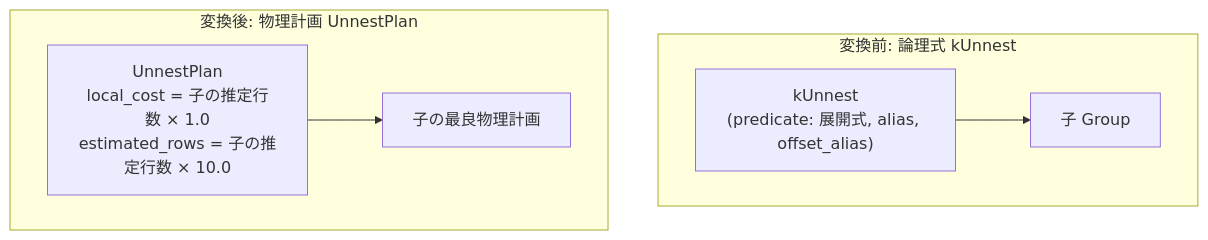
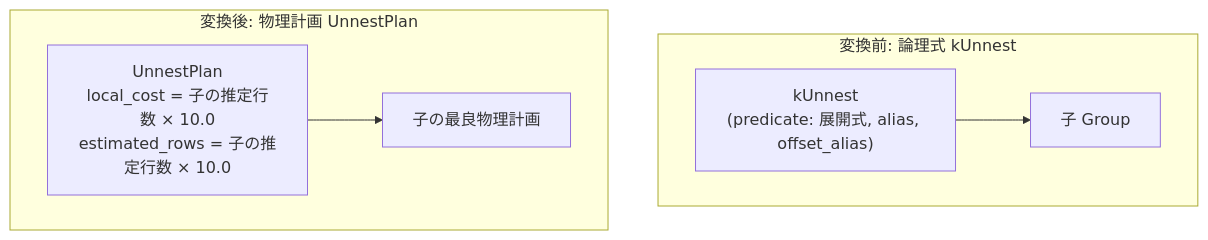
One commit to kumagi/tinylamb changed the diagram in docs/opt/part2-rules/implementation/unnest.md. Above: the diagram before and after it, drawn with Mermaid. The commit also changed other lines of this file and 764 other files, not shown here.

````diff
--- a/docs/opt/part2-rules/implementation/unnest.md
+++ b/docs/opt/part2-rules/implementation/unnest.md
@@ -14,9 +14,9 @@
 ```mermaid
 graph TD
   subgraph before["変換前: 論理式 kUnnest"]
     U1["kUnnest<br/>(predicate: 展開式, alias, offset_alias)"] --> C1["子 Group"]
   end
   subgraph after["変換後: 物理計画 UnnestPlan"]
-    U2["UnnestPlan<br/>local_cost = 子の推定行数 × 1.0<br/>estimated_rows = 子の推定行数 × 10.0"] --> C2["子の最良物理計画"]
+    U2["UnnestPlan<br/>local_cost = 子の推定行数 × 10.0<br/>estimated_rows = 子の推定行数 × 10.0"] --> C2["子の最良物理計画"]
   end
 ```
````
